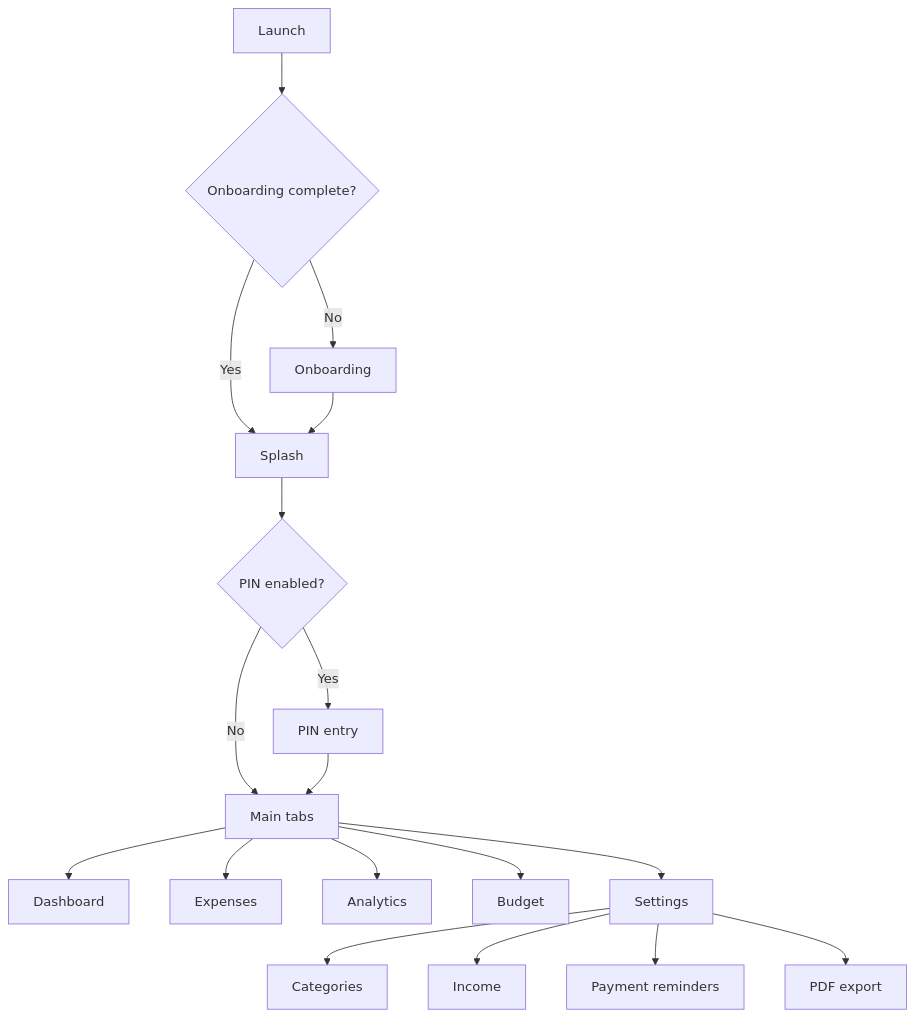
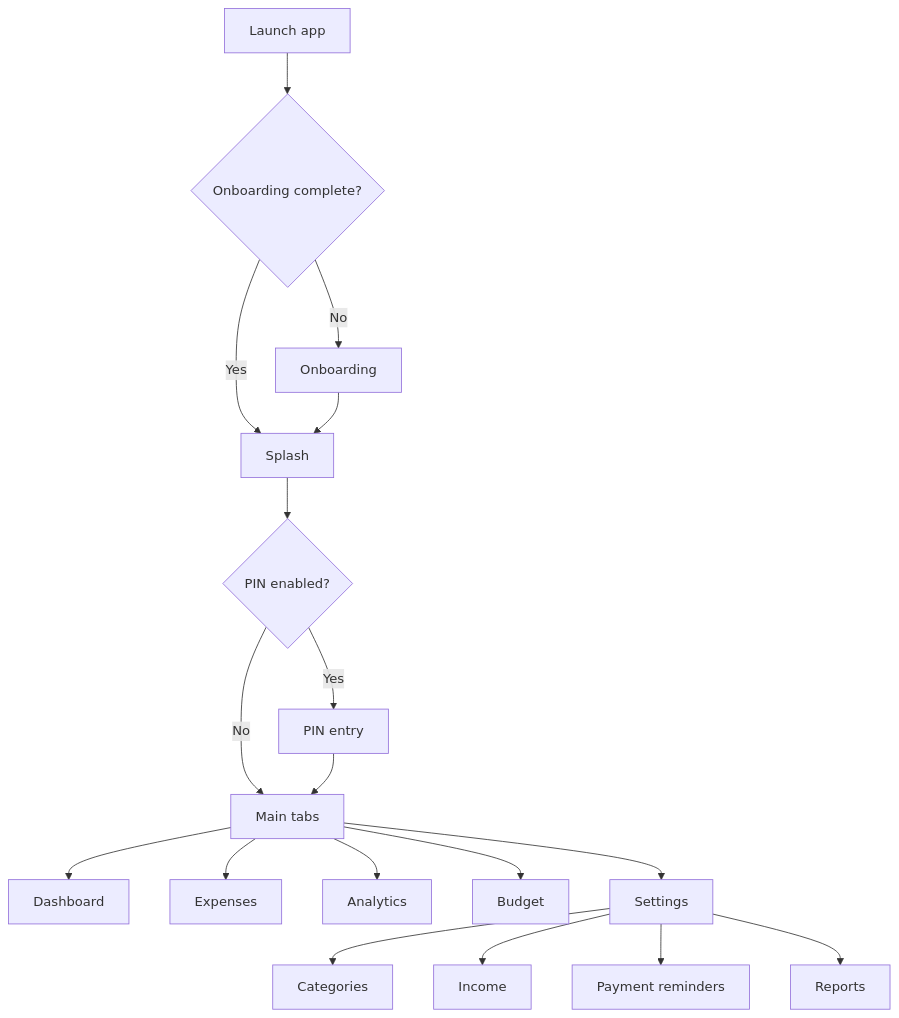
Before and after one commit to Ashish-Langhe/Fintrax: the first of 2 diagrams in README.md, drawn with Mermaid. The commit also changed other lines of this file, not shown here.

````diff
--- a/README.md
+++ b/README.md
@@ -53,20 +194,20 @@
 ```mermaid
 flowchart TD
-    A["Launch"] --> B{"Onboarding complete?"}
+    A["Launch app"] --> B{"Onboarding complete?"}
     B -- "No" --> C["Onboarding"]
     B -- "Yes" --> D["Splash"]
     C --> D
     D --> E{"PIN enabled?"}
     E -- "Yes" --> F["PIN entry"]
     E -- "No" --> G["Main tabs"]
     F --> G
     G --> H["Dashboard"]
     G --> I["Expenses"]
     G --> J["Analytics"]
     G --> K["Budget"]
     G --> L["Settings"]
     L --> M["Categories"]
     L --> N["Income"]
     L --> O["Payment reminders"]
-    L --> P["PDF export"]
+    L --> P["Reports"]
 ```
````
